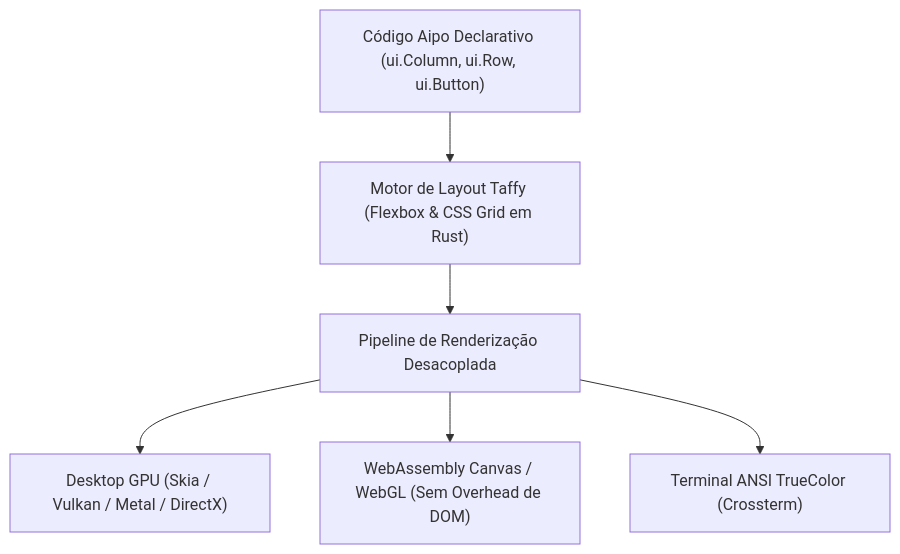
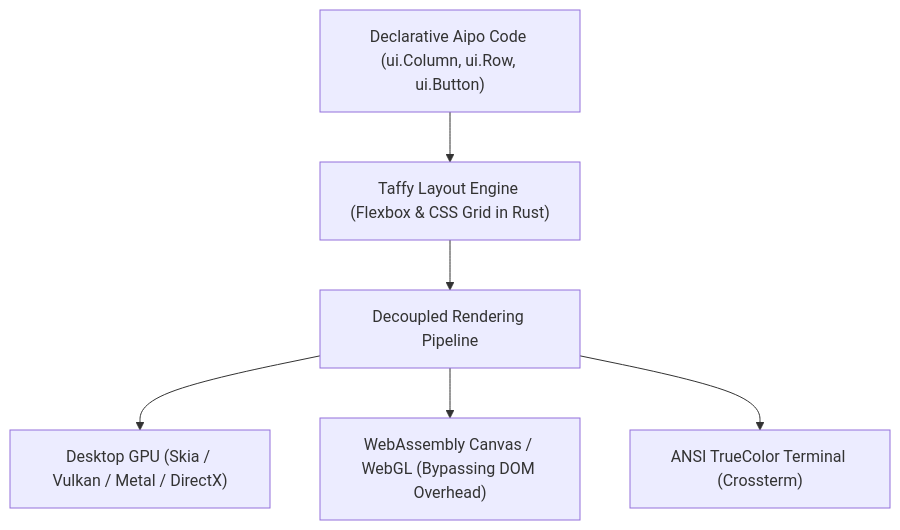
One commit to poppy-team/poppy.lat changed the diagram in site/en/aipo/docs/guides/packages/aipo-ui.md. Above: the diagram before and after it, drawn with Mermaid. The commit also changed other lines of this file and 235 other files, not shown here.

````diff
--- a/site/en/aipo/docs/guides/packages/aipo-ui.md
+++ b/site/en/aipo/docs/guides/packages/aipo-ui.md
@@ -30,8 +30,8 @@
 ```mermaid
 graph TD
-    UserCode["Código Aipo Declarativo (ui.Column, ui.Row, ui.Button)"] --> Layout["Motor de Layout Taffy (Flexbox & CSS Grid em Rust)"]
-    Layout --> Pipeline["Pipeline de Renderização Desacoplada"]
+    UserCode["Declarative Aipo Code (ui.Column, ui.Row, ui.Button)"] --> Layout["Taffy Layout Engine (Flexbox & CSS Grid in Rust)"]
+    Layout --> Pipeline["Decoupled Rendering Pipeline"]
     Pipeline --> Skia["Desktop GPU (Skia / Vulkan / Metal / DirectX)"]
-    Pipeline --> Canvas["WebAssembly Canvas / WebGL (Sem Overhead de DOM)"]
-    Pipeline --> TUI["Terminal ANSI TrueColor (Crossterm)"]
+    Pipeline --> Canvas["WebAssembly Canvas / WebGL (Bypassing DOM Overhead)"]
+    Pipeline --> TUI["ANSI TrueColor Terminal (Crossterm)"]
 ```
````
